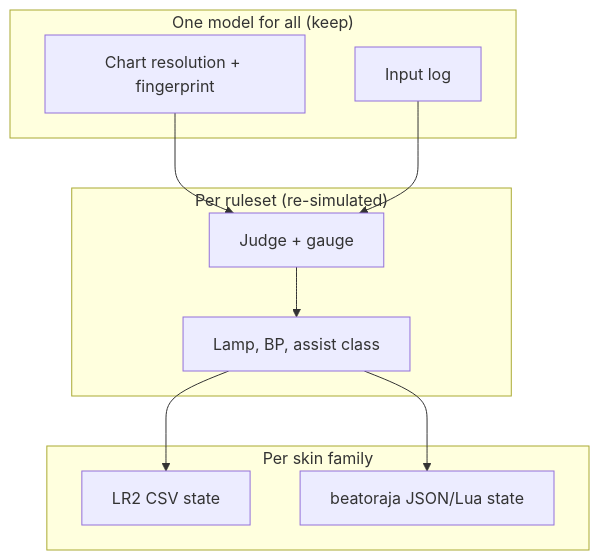
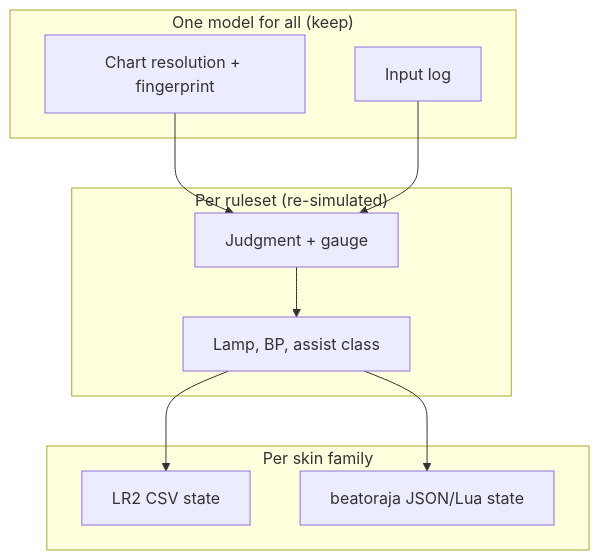
The diagram in docs/semantics-lr2-beatoraja.md (nulltask/be-music), drawn with Mermaid before and after one commit. The commit also changed other lines of this file and 603 other files, not shown here.

Commit message:
refactor: align chart, replay, and judgment terminology

````diff
--- a/docs/semantics-lr2-beatoraja.md
+++ b/docs/semantics-lr2-beatoraja.md
@@ -103,20 +103,20 @@
 ```mermaid
 flowchart TD
   subgraph Single["One model for all (keep)"]
     C[Chart resolution + fingerprint]
     I[Input log]
   end
   subgraph PerRuleset["Per ruleset (re-simulated)"]
-    J[Judge + gauge]
+    J[Judgment + gauge]
     R[Lamp, BP, assist class]
   end
   subgraph PerFamily["Per skin family"]
     S1[LR2 CSV state]
     S2[beatoraja JSON/Lua state]
   end
   C --> J
   I --> J
   J --> R
   R --> S1
   R --> S2
 ```
````
